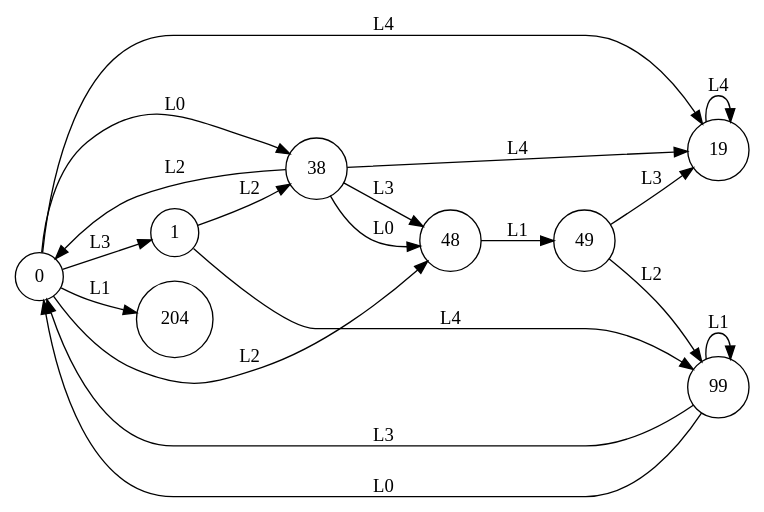
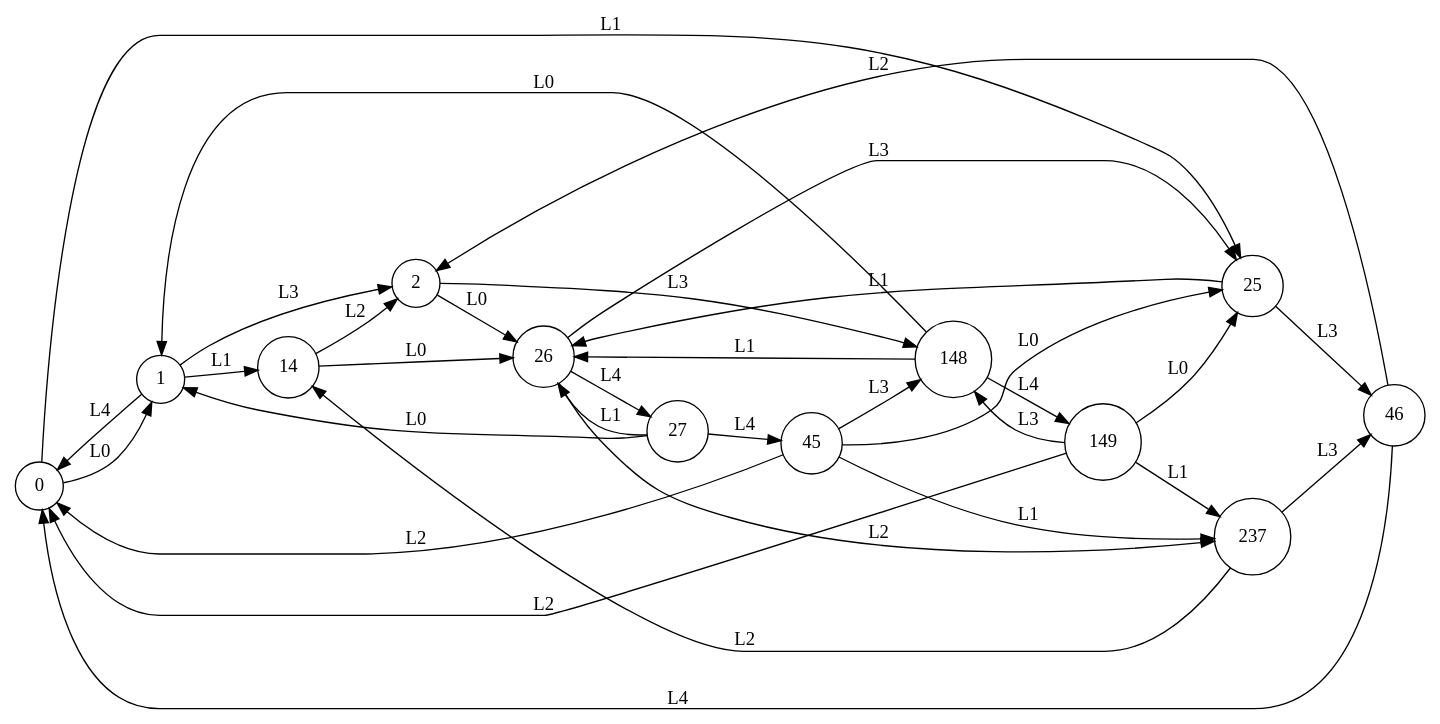
The diagram in learning_E0/learnt-automaton_10_2_5_0~2.dot (k85-ai/KB1), drawn with Graphviz before and after one commit. The commit also changed 403 other files, not shown here.

Commit message:
rerun basic edsm model and upload figure

```diff
--- a/learning_E0/learnt-automaton_10_2_5_0~2.dot
+++ b/learning_E0/learnt-automaton_10_2_5_0~2.dot
@@ -1,29 +1,47 @@
 digraph learntMachine {
   rankdir=LR;
   0 [shape=circle, label="0"];
   1 [shape=circle, label="1"];
-  19 [shape=circle, label="19"];
-  38 [shape=circle, label="38"];
-  48 [shape=circle, label="48"];
-  49 [shape=circle, label="49"];
-  99 [shape=circle, label="99"];
-  204 [shape=circle, label="204"];
-  0 -> 1 [label="L3"];
-  1 -> 38 [label="L2"];
-  0 -> 19 [label="L4"];
-  19 -> 19 [label="L4"];
-  0 -> 38 [label="L0"];
-  38 -> 19 [label="L4"];
-  0 -> 48 [label="L2"];
-  48 -> 49 [label="L1"];
-  49 -> 99 [label="L2"];
-  1 -> 99 [label="L4"];
-  99 -> 0 [label="L3"];
-  99 -> 0 [label="L0"];
-  49 -> 19 [label="L3"];
-  99 -> 99 [label="L1"];
-  0 -> 204 [label="L1"];
-  38 -> 48 [label="L0"];
-  38 -> 0 [label="L2"];
-  38 -> 48 [label="L3"];
+  2 [shape=circle, label="2"];
+  14 [shape=circle, label="14"];
+  25 [shape=circle, label="25"];
+  26 [shape=circle, label="26"];
+  27 [shape=circle, label="27"];
+  45 [shape=circle, label="45"];
+  46 [shape=circle, label="46"];
+  148 [shape=circle, label="148"];
+  149 [shape=circle, label="149"];
+  237 [shape=circle, label="237"];
+  0 -> 1 [label="L0"];
+  1 -> 2 [label="L3"];
+  2 -> 26 [label="L0"];
+  1 -> 0 [label="L4"];
+  1 -> 14 [label="L1"];
+  14 -> 2 [label="L2"];
+  0 -> 25 [label="L1"];
+  25 -> 26 [label="L1"];
+  26 -> 27 [label="L4"];
+  27 -> 1 [label="L0"];
+  27 -> 45 [label="L4"];
+  25 -> 46 [label="L3"];
+  46 -> 0 [label="L4"];
+  14 -> 26 [label="L0"];
+  46 -> 2 [label="L2"];
+  2 -> 148 [label="L3"];
+  148 -> 149 [label="L4"];
+  148 -> 1 [label="L0"];
+  45 -> 148 [label="L3"];
+  26 -> 237 [label="L2"];
+  237 -> 14 [label="L2"];
+  26 -> 25 [label="L3"];
+  148 -> 26 [label="L1"];
+  45 -> 237 [label="L1"];
+  237 -> 46 [label="L3"];
+  149 -> 25 [label="L0"];
+  149 -> 0 [label="L2"];
+  27 -> 26 [label="L1"];
+  45 -> 0 [label="L2"];
+  45 -> 25 [label="L0"];
+  149 -> 237 [label="L1"];
+  149 -> 148 [label="L3"];
 }
```
